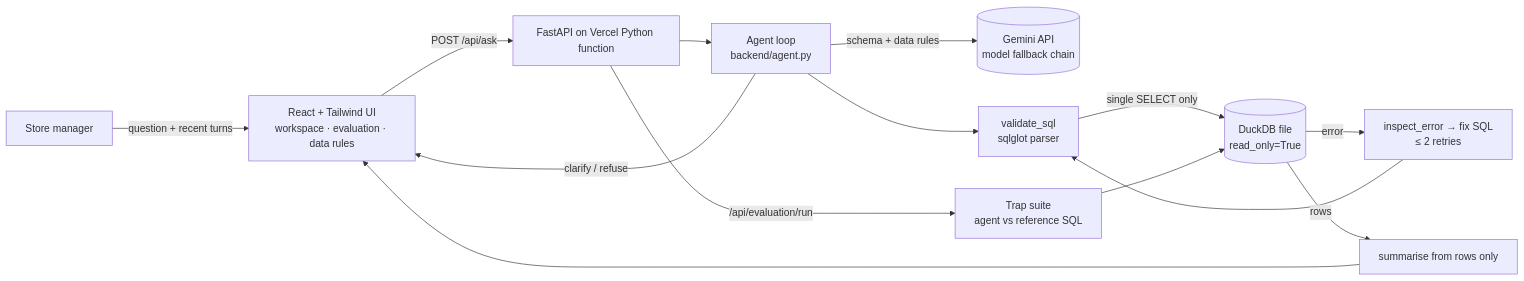
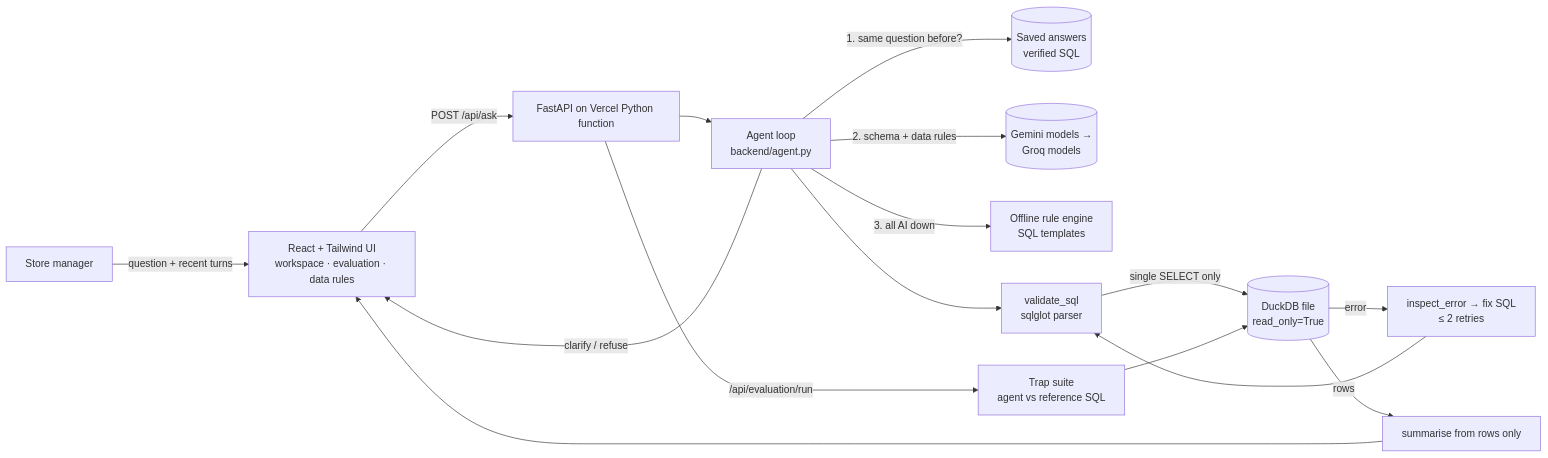
Before and after one commit to Naman080706/DataDukaan: the diagram in README.md, drawn with Mermaid. The commit also changed other lines of this file and 2 other files, not shown here.

Commit message:
Document fallback chain, per-engine evaluation results and Groq setup

````diff
--- a/README.md
+++ b/README.md
@@ -27,16 +37,18 @@
 ```mermaid
 flowchart LR
     U[Store manager] -->|question + recent turns| FE[React + Tailwind UI<br/>workspace · evaluation · data rules]
     FE -->|POST /api/ask| API[FastAPI on Vercel Python function]
     API --> AG[Agent loop<br/>backend/agent.py]
-    AG -->|schema + data rules| LLM[(Gemini API<br/>model fallback chain)]
+    AG -->|1. same question before?| SA[(Saved answers<br/>verified SQL)]
+    AG -->|2. schema + data rules| LLM[(Gemini models →<br/>Groq models)]
+    AG -->|3. all AI down| OFF[Offline rule engine<br/>SQL templates]
     AG -->|clarify / refuse| FE
     AG --> V[validate_sql<br/>sqlglot parser]
     V -->|single SELECT only| DB[(DuckDB file<br/>read_only=True)]
     DB -->|error| IE[inspect_error → fix SQL<br/>≤ 2 retries]
     IE --> V
     DB -->|rows| SUM[summarise from rows only]
     SUM --> FE
     API -->|/api/evaluation/run| EV[Trap suite<br/>agent vs reference SQL]
     EV --> DB
 ```
````
